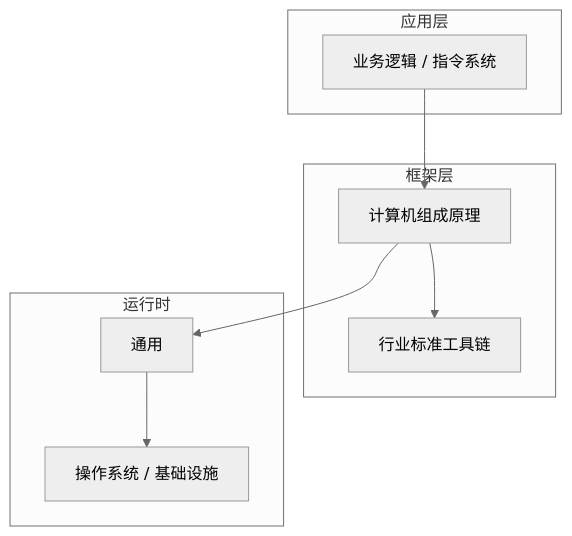
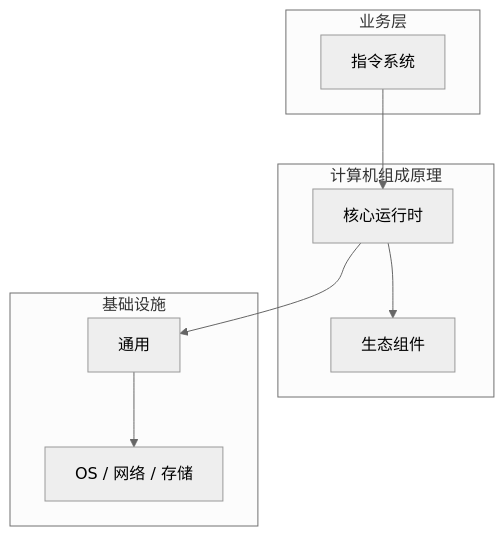
One commit to yanggan2015/knowledge-json-v2 changed the diagram in articles/计算机组成原理/chapters/031-指令系统核心概念与原理.md. Above: the diagram before and after it, drawn with Mermaid (neutral theme). The commit also changed other lines of this file and 10127 other files, not shown here.

````diff
--- a/articles/计算机组成原理/chapters/031-指令系统核心概念与原理.md
+++ b/articles/计算机组成原理/chapters/031-指令系统核心概念与原理.md
@@ -45,18 +34,18 @@
 ```mermaid
 graph TB
-    subgraph 应用层
-        A[业务逻辑 / 指令系统]
+    subgraph 业务层
+        A[指令系统]
     end
-    subgraph 框架层
-        B[计算机组成原理]
-        C[行业标准工具链]
+    subgraph 计算机组成原理
+        B[核心运行时]
+        C[生态组件]
     end
-    subgraph 运行时
+    subgraph 基础设施
         D[通用]
-        E[操作系统 / 基础设施]
+        E[OS / 网络 / 存储]
     end
     A --> B
     B --> C
     B --> D
     D --> E
 ```
````
